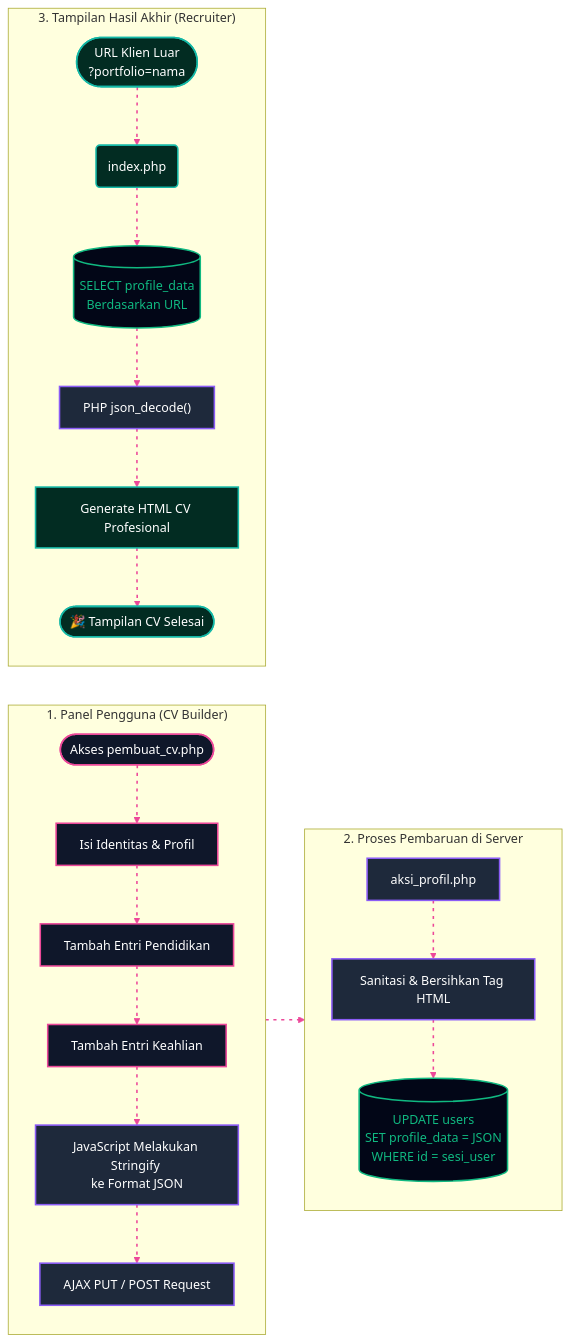
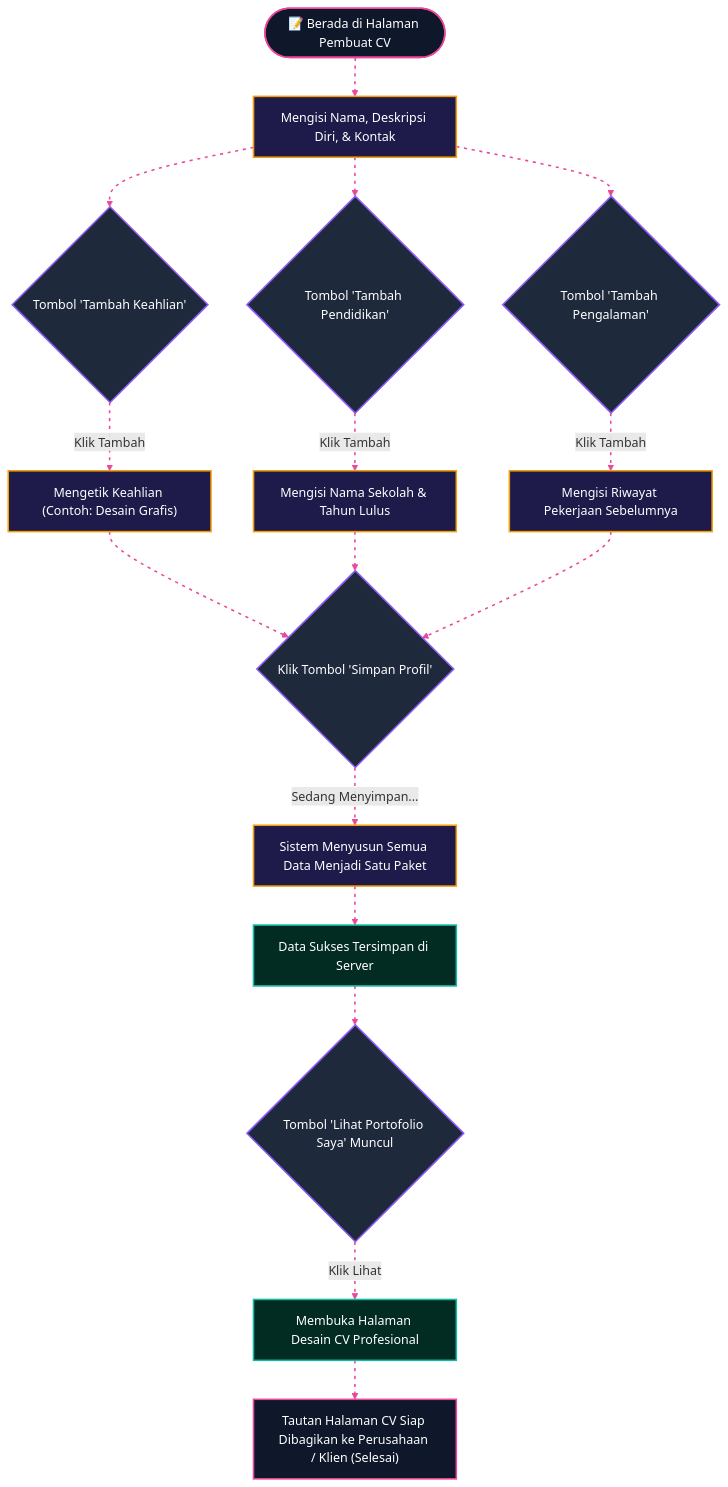
The third of 3 diagrams in README.md (alfaragatak87/alfatih-digital-workspace), drawn with Mermaid before and after one commit. The commit also changed other lines of this file, not shown here.

````diff
--- a/README.md
+++ b/README.md
@@ -146,36 +141,30 @@
 ```mermaid
-flowchart LR
-    %% Define Styles
-    classDef client fill:#0f172a,stroke:#ec4899,stroke-width:2px,color:#fff;
-    classDef process fill:#1e293b,stroke:#8b5cf6,stroke-width:2px,color:#fff;
-    classDef db fill:#020617,stroke:#10b981,stroke-width:2px,color:#10b981,shape:cylinder;
-    classDef public fill:#022c22,stroke:#14b8a6,stroke-width:2px,color:#fff;
+flowchart TD
+    classDef page fill:#0f172a,stroke:#ec4899,stroke-width:2px,color:#fff;
+    classDef btn fill:#1e293b,stroke:#8b5cf6,stroke-width:2px,color:#fff,shape:diamond;
+    classDef process fill:#1e1b4b,stroke:#f59e0b,stroke-width:2px,color:#fff;
+    classDef finish fill:#022c22,stroke:#14b8a6,stroke-width:2px,color:#fff;
 
-    subgraph Sisi_Klien ["1. Panel Pengguna (CV Builder)"]
-        direction TB
-        Form(["Akses pembuat_cv.php"]):::client --> Input1["Isi Identitas & Profil"]:::client
-        Input1 --> Input2["Tambah Entri Pendidikan"]:::client
-        Input2 --> Input3["Tambah Entri Keahlian"]:::client
-        Input3 --> PayloadJS["JavaScript Melakukan Stringify <br/>ke Format JSON"]:::process
-        PayloadJS --> AjaxPush["AJAX PUT / POST Request"]:::process
-    end
+    HalamanCV(["📝 Berada di Halaman Pembuat CV"]):::page --> FormProfil["Mengisi Nama, Deskripsi Diri, & Kontak"]:::process
+    
+    FormProfil --> AksiKeahlian{"Tombol 'Tambah Keahlian'"}:::btn
+    AksiKeahlian -- "Klik Tambah" --> IsiSkill["Mengetik Keahlian (Contoh: Desain Grafis)"]:::process
+    
+    FormProfil --> AksiPendidikan{"Tombol 'Tambah Pendidikan'"}:::btn
+    AksiPendidikan -- "Klik Tambah" --> IsiSekolah["Mengisi Nama Sekolah & Tahun Lulus"]:::process
+    
+    FormProfil --> AksiPengalaman{"Tombol 'Tambah Pengalaman'"}:::btn
+    AksiPengalaman -- "Klik Tambah" --> IsiKerja["Mengisi Riwayat Pekerjaan Sebelumnya"]:::process
+    
+    IsiSkill & IsiSekolah & IsiKerja --> TombolSimpan{"Klik Tombol 'Simpan Profil'"}:::btn
+    
+    TombolSimpan -- "Sedang Menyimpan..." --> KemasData["Sistem Menyusun Semua Data Menjadi Satu Paket"]:::process
+    KemasData --> SimpanSelesai["Data Sukses Tersimpan di Server"]:::finish
+    
+    SimpanSelesai --> TampilTombolLihat{"Tombol 'Lihat Portofolio Saya' Muncul"}:::btn
+    TampilTombolLihat -- "Klik Lihat" --> BukaCV["Membuka Halaman Desain CV Profesional"]:::finish
+    
+    BukaCV --> Bagikan["Tautan Halaman CV Siap Dibagikan ke Perusahaan / Klien (Selesai)"]:::page
 
-    subgraph Server_DB ["2. Proses Pembaruan di Server"]
-        direction TB
-        AjaxPush --> AksiProfil["aksi_profil.php"]:::process
-        AksiProfil --> ValidasiXSS["Sanitasi & Bersihkan Tag HTML"]:::process
-        ValidasiXSS --> UpdateDB[("UPDATE users <br/>SET profile_data = JSON <br/>WHERE id = sesi_user")]:::db
-    end
-
-    subgraph Akses_Publik ["3. Tampilan Hasil Akhir (Recruiter)"]
-        direction TB
-        KlienLuar(["URL Klien Luar <br/>?portfolio=nama"]):::public --> Index("index.php"):::public
-        Index --> Query[("SELECT profile_data <br/>Berdasarkan URL")]:::db
-        Query --> ParsePHP["PHP json_decode()"]:::process
-        ParsePHP --> RenderCV["Generate HTML CV Profesional"]:::public
-        RenderCV --> ShowCV(["🎉 Tampilan CV Selesai"]):::public
-    end
-
-    %% Animasi Efek Cahaya / Energy Flow
     linkStyle default stroke:#ec4899,stroke-width:2px,stroke-dasharray: 4 6,animation: dash 1.2s linear infinite;
 ```
````
